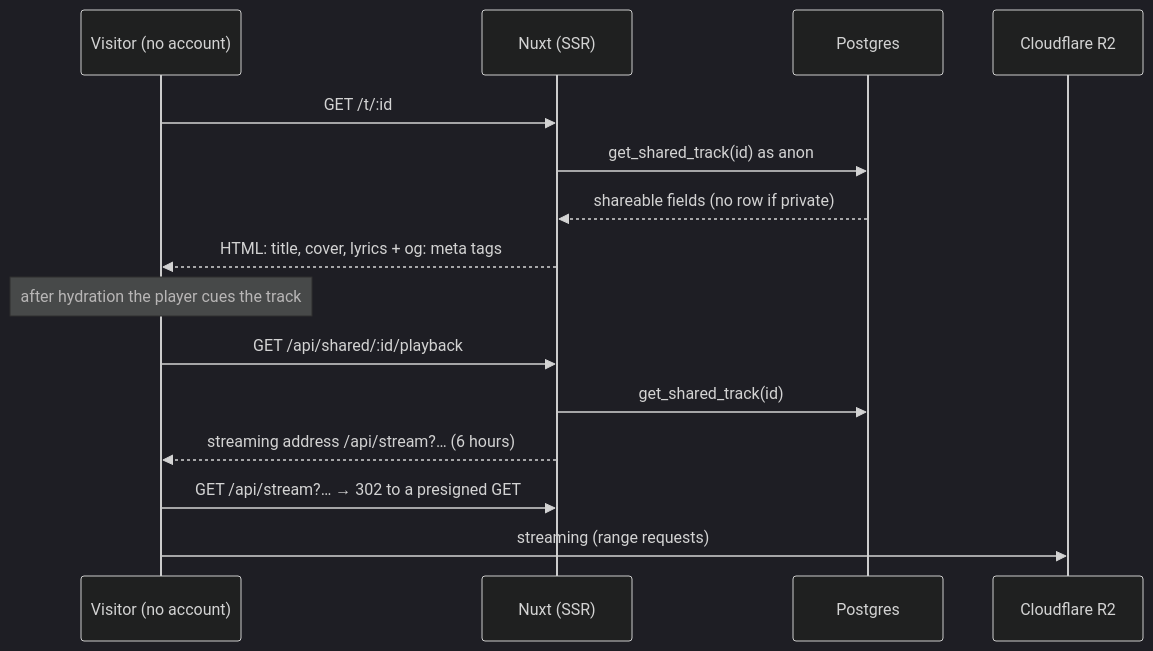
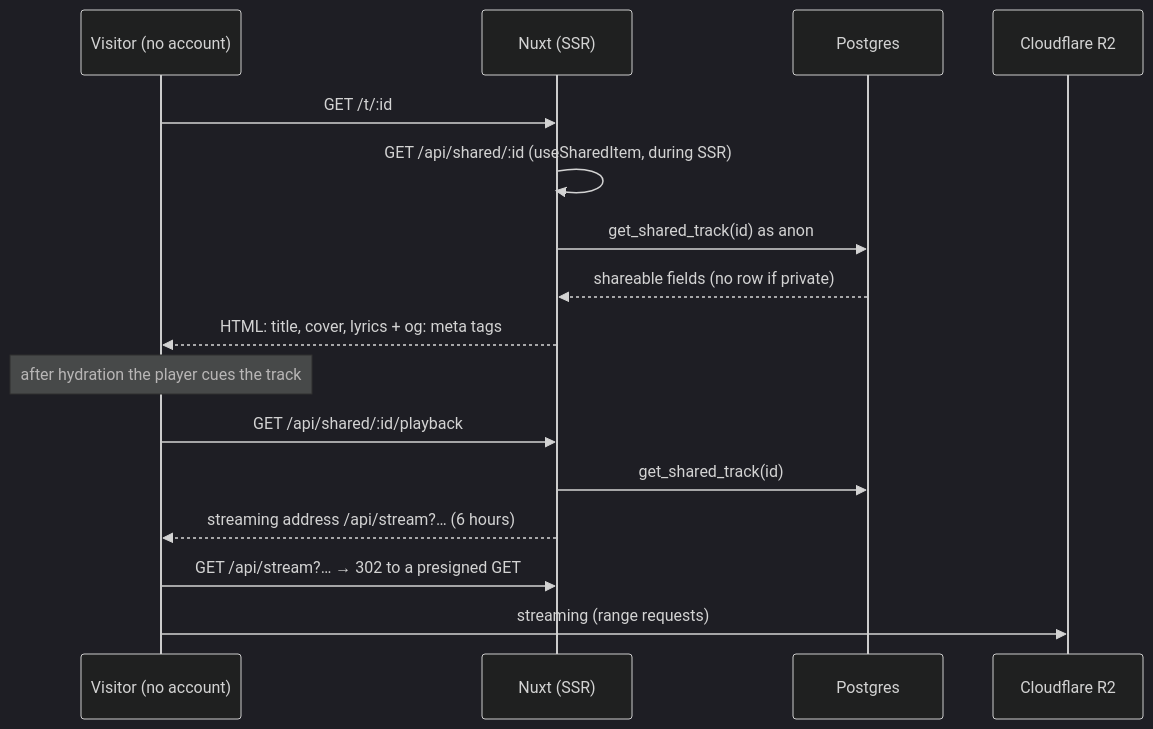
Before and after one commit to alesssz/Chronovault: the ninth of 11 diagrams in docs/07-data-flows.md, drawn with Mermaid (dark theme). The commit also changed other lines of this file and 17 other files, not shown here.

````diff
--- a/docs/07-data-flows.md
+++ b/docs/07-data-flows.md
@@ -420,17 +422,18 @@
 ```mermaid
 sequenceDiagram
   participant V as Visitor (no account)
   participant N as Nuxt (SSR)
   participant DB as Postgres
   participant R2 as Cloudflare R2
   V->>N: GET /t/:id
+  N->>N: GET /api/shared/:id (useSharedItem, during SSR)
   N->>DB: get_shared_track(id) as anon
   DB-->>N: shareable fields (no row if private)
   N-->>V: HTML: title, cover, lyrics + og: meta tags
   Note over V: after hydration the player cues the track
   V->>N: GET /api/shared/:id/playback
   N->>DB: get_shared_track(id)
   N-->>V: streaming address /api/stream?… (6 hours)
   V->>N: GET /api/stream?… → 302 to a presigned GET
   V->>R2: streaming (range requests)
 ```
````
